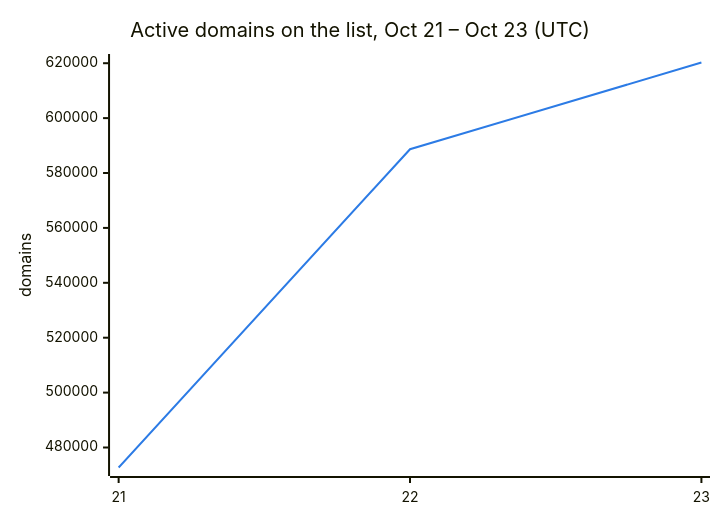
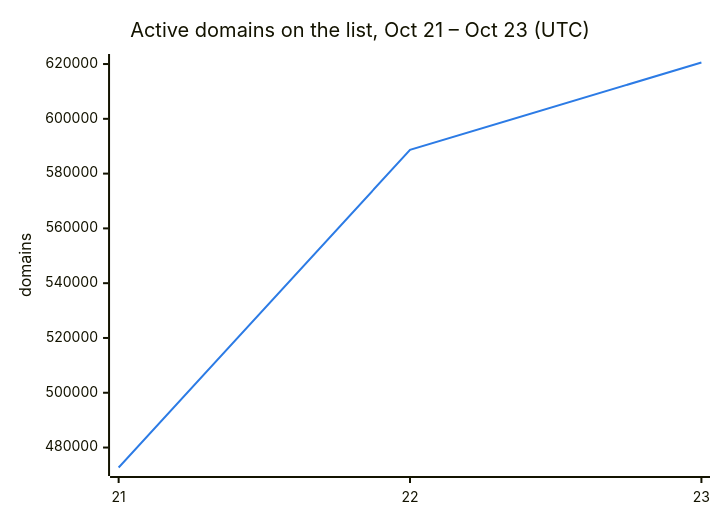
The second of 3 diagrams in README.md (DNSBunker/CTI), drawn with Mermaid before and after one commit. The commit also changed other lines of this file and 3 other files, not shown here.

````diff
--- a/README.md
+++ b/README.md
@@ -38,8 +38,8 @@
 ```mermaid
 %%{init: {"themeVariables": {"xyChart": {"plotColorPalette": "#2c7be5"}}}}%%
 xychart-beta
     title "Active domains on the list, Oct 21 – Oct 23 (UTC)"
     x-axis ["21", "22", "23"]
     y-axis "domains"
-    line [472713, 588659, 620262]
+    line [472713, 588659, 620561]
 ```
````
